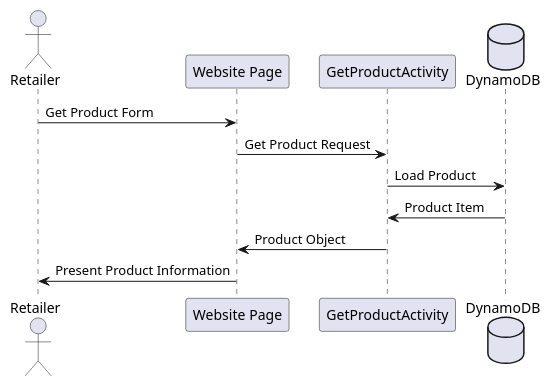
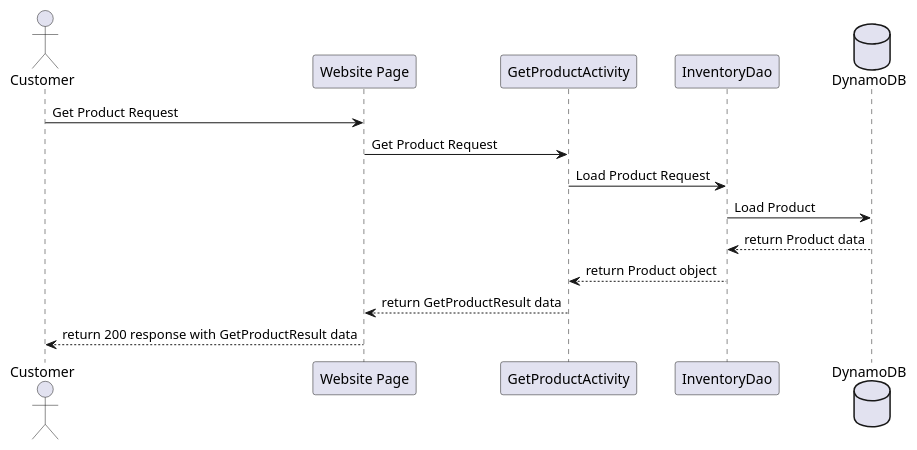
The diagram in project_documents/Design/Sequence Diagrams/GetProductRequest.puml (sylviamohos/CoolWithCouleBackend), drawn with PlantUML before and after one commit. The commit also changed 11 other files, not shown here.

Commit message:
Edited and cleaned up sequence diagrams

```diff
--- a/project_documents/Design/Sequence Diagrams/GetProductRequest.puml
+++ b/project_documents/Design/Sequence Diagrams/GetProductRequest.puml
@@ -1,17 +1,19 @@
 @startuml
 'https://plantuml.com/sequence-diagram
 
-actor "Retailer" as client
+actor "Customer" as client
 participant "Website Page" as apiGateway
 participant "GetProductActivity" as getProductActivity
+participant "InventoryDao" as inventoryDao
 database "DynamoDB" as dynamoDB
 
-client -> apiGateway : Get Product Form
+client -> apiGateway : Get Product Request
 apiGateway -> getProductActivity : Get Product Request
-getProductActivity -> dynamoDB : Load Product
-
-dynamoDB -> getProductActivity : Product Item
-getProductActivity -> apiGateway : Product Object
-apiGateway -> client : Present Product Information
+getProductActivity -> inventoryDao : Load Product Request
+inventoryDao -> dynamoDB : Load Product
+dynamoDB --> inventoryDao : return Product data
+inventoryDao --> getProductActivity : return Product object
+getProductActivity --> apiGateway : return GetProductResult data
+apiGateway --> client : return 200 response with GetProductResult data
 
 @enduml
```
